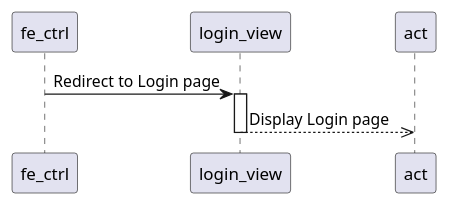
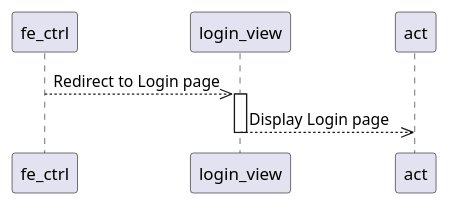
One commit to 1000do/Linked changed the fifth of 7 diagrams in .agents/skills/plantuml_sequence_diagram/SKILL.md. Above: the diagram before and after it, drawn with PlantUML. The commit also changed other lines of this file and 3 other files, not shown here.

Commit message:
feat: implement GiftService for gift validation and claiming with associated unit tests and sequence diagram

````diff
--- a/.agents/skills/plantuml_sequence_diagram/SKILL.md
+++ b/.agents/skills/plantuml_sequence_diagram/SKILL.md
@@ -209,4 +209,5 @@
   ```plantuml
-  fe_ctrl -> login_view++: Redirect to Login page
+  fe_ctrl -->> login_view--: Redirect to Login page
+  activate login_view
   login_view -->> act--: Display Login page
   ```
````
